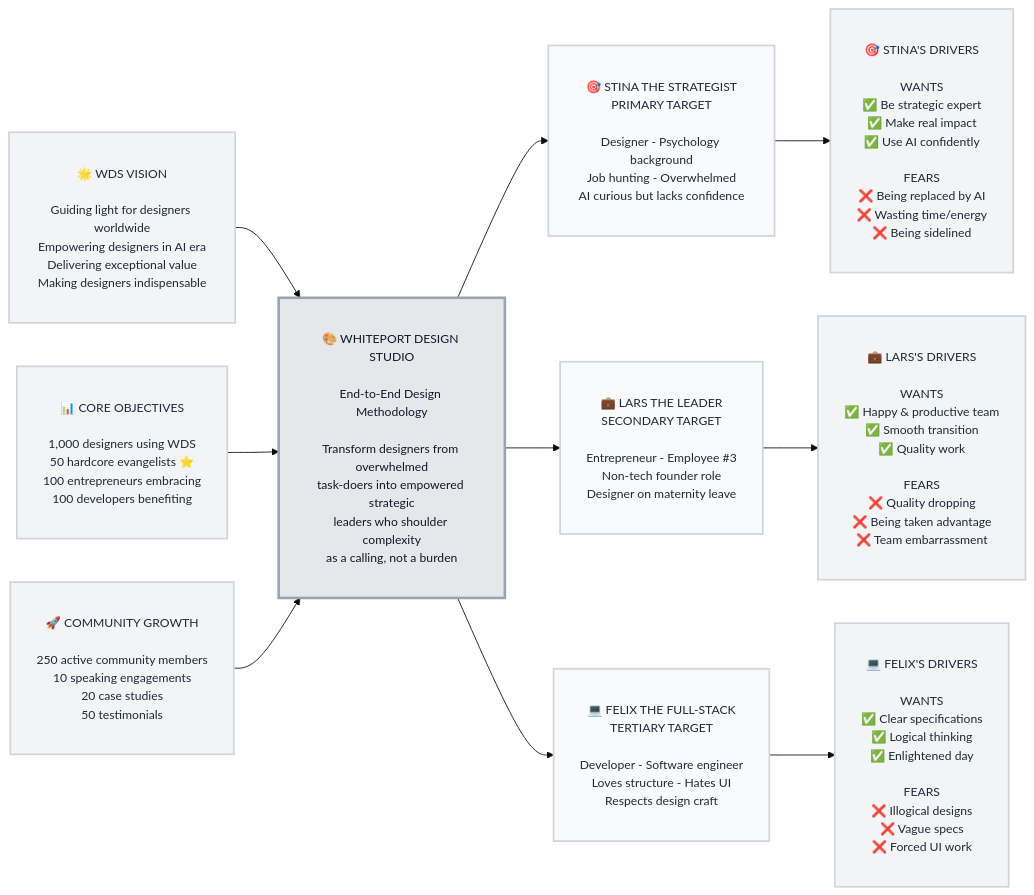
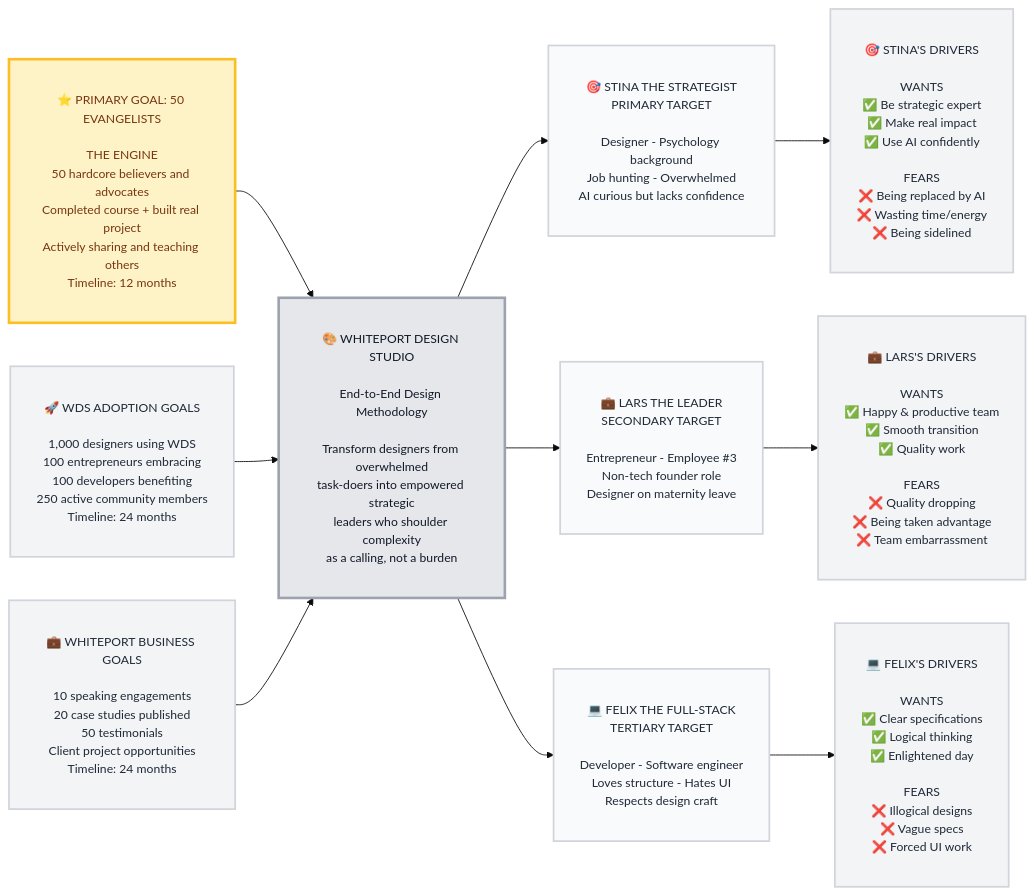
One commit to bmad-code-org/BMAD-METHOD changed the first of 2 diagrams in src/modules/wds/examples/WDS-Presentation/docs/2-trigger-map/00-trigger-map-poster.md. Above: the diagram before and after it, drawn with Mermaid. The commit also changed other lines of this file, not shown here.

First line of the commit message:
feat(wds): Revise trigger map to prioritize business goals and enhance clarity

````diff
--- a/src/modules/wds/examples/WDS-Presentation/docs/2-trigger-map/00-trigger-map-poster.md
+++ b/src/modules/wds/examples/WDS-Presentation/docs/2-trigger-map/00-trigger-map-poster.md
@@ -13,45 +13,47 @@
 ```mermaid
 %%{init: {'theme':'base', 'themeVariables': { 'fontFamily':'Inter, system-ui, sans-serif', 'fontSize':'14px'}}}%%
 flowchart LR
     %% Business Goals (Left)
-    BG0["<br/>🌟 WDS VISION<br/><br/>Guiding light for designers worldwide<br/>Empowering designers in AI era<br/>Delivering exceptional value<br/>Making designers indispensable<br/><br/>"]
-    BG1["<br/>📊 CORE OBJECTIVES<br/><br/>1,000 designers using WDS<br/>50 hardcore evangelists ⭐<br/>100 entrepreneurs embracing<br/>100 developers benefiting<br/><br/>"]
-    BG2["<br/>🚀 COMMUNITY GROWTH<br/><br/>250 active community members<br/>10 speaking engagements<br/>20 case studies<br/>50 testimonials<br/><br/>"]
+    BG0["<br/>⭐ PRIMARY GOAL: 50 EVANGELISTS<br/><br/>THE ENGINE<br/>50 hardcore believers and advocates<br/>Completed course + built real project<br/>Actively sharing and teaching others<br/>Timeline: 12 months<br/><br/>"]
+    BG1["<br/>🚀 WDS ADOPTION GOALS<br/><br/>1,000 designers using WDS<br/>100 entrepreneurs embracing<br/>100 developers benefiting<br/>250 active community members<br/>Timeline: 24 months<br/><br/>"]
+    BG2["<br/>💼 WHITEPORT BUSINESS GOALS<br/><br/>10 speaking engagements<br/>20 case studies published<br/>50 testimonials<br/>Client project opportunities<br/>Timeline: 24 months<br/><br/>"]
     
     %% Central Platform
     PLATFORM["<br/>🎨 WHITEPORT DESIGN STUDIO<br/><br/>End-to-End Design Methodology<br/><br/>Transform designers from overwhelmed<br/>task-doers into empowered strategic<br/>leaders who shoulder complexity<br/>as a calling, not a burden<br/><br/>"]
     
     %% Target Groups (Right)
     TG0["<br/>🎯 STINA THE STRATEGIST<br/>PRIMARY TARGET<br/><br/>Designer - Psychology background<br/>Job hunting - Overwhelmed<br/>AI curious but lacks confidence<br/><br/>"]
     TG1["<br/>💼 LARS THE LEADER<br/>SECONDARY TARGET<br/><br/>Entrepreneur - Employee #3<br/>Non-tech founder role<br/>Designer on maternity leave<br/><br/>"]
     TG2["<br/>💻 FELIX THE FULL-STACK<br/>TERTIARY TARGET<br/><br/>Developer - Software engineer<br/>Loves structure - Hates UI<br/>Respects design craft<br/><br/>"]
     
     %% Driving Forces (Far Right)
     DF0["<br/>🎯 STINA'S DRIVERS<br/><br/>WANTS<br/>✅ Be strategic expert<br/>✅ Make real impact<br/>✅ Use AI confidently<br/><br/>FEARS<br/>❌ Being replaced by AI<br/>❌ Wasting time/energy<br/>❌ Being sidelined<br/><br/>"]
     
     DF1["<br/>💼 LARS'S DRIVERS<br/><br/>WANTS<br/>✅ Happy & productive team<br/>✅ Smooth transition<br/>✅ Quality work<br/><br/>FEARS<br/>❌ Quality dropping<br/>❌ Being taken advantage<br/>❌ Team embarrassment<br/><br/>"]
     
     DF2["<br/>💻 FELIX'S DRIVERS<br/><br/>WANTS<br/>✅ Clear specifications<br/>✅ Logical thinking<br/>✅ Enlightened day<br/><br/>FEARS<br/>❌ Illogical designs<br/>❌ Vague specs<br/>❌ Forced UI work<br/><br/>"]
     
     %% Connections
     BG0 --> PLATFORM
     BG1 --> PLATFORM
     BG2 --> PLATFORM
     PLATFORM --> TG0
     PLATFORM --> TG1
     PLATFORM --> TG2
     TG0 --> DF0
     TG1 --> DF1
     TG2 --> DF2
 
-    %% Light Gray Styling with Dark Text
+    %% Light Gray Styling with Dark Text + Gold Primary Goal
+    classDef primaryGoal fill:#fef3c7,color:#78350f,stroke:#fbbf24,stroke-width:3px
     classDef businessGoal fill:#f3f4f6,color:#1f2937,stroke:#d1d5db,stroke-width:2px
     classDef platform fill:#e5e7eb,color:#111827,stroke:#9ca3af,stroke-width:3px
     classDef targetGroup fill:#f9fafb,color:#1f2937,stroke:#d1d5db,stroke-width:2px
     classDef drivingForces fill:#f3f4f6,color:#1f2937,stroke:#d1d5db,stroke-width:2px
     
-    class BG0,BG1,BG2 businessGoal
+    class BG0 primaryGoal
+    class BG1,BG2 businessGoal
     class PLATFORM platform
     class TG0,TG1,TG2 targetGroup
     class DF0,DF1,DF2 drivingForces
 ```
````
